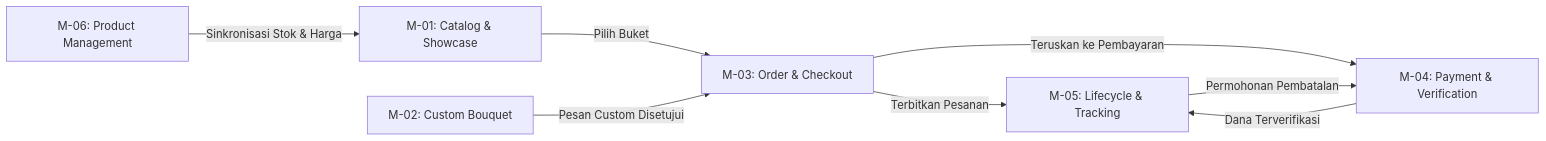
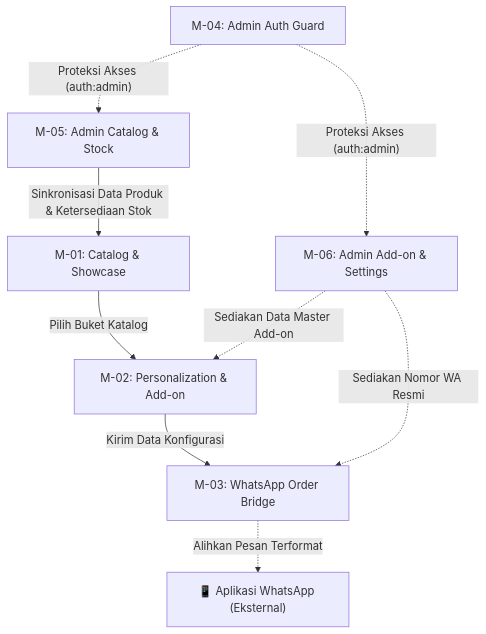
Before and after one commit to Elfend11/buketbunga: the diagram in docs/04-technical-and-architecture/ARC-004-application-modules.md, drawn with Mermaid. The commit also changed other lines of this file and 16 other files, not shown here.

````diff
--- a/docs/04-technical-and-architecture/ARC-004-application-modules.md
+++ b/docs/04-technical-and-architecture/ARC-004-application-modules.md
@@ -35,17 +37,21 @@
 ```mermaid
-graph LR
+graph TD
     M1["M-01: Catalog & Showcase"]
-    M2["M-02: Custom Bouquet"]
-    M3["M-03: Order & Checkout"]
-    M4["M-04: Payment & Verification"]
-    M5["M-05: Lifecycle & Tracking"]
-    M6["M-06: Product Management"]
+    M2["M-02: Personalization & Add-on"]
+    M3["M-03: WhatsApp Order Bridge"]
+    M4["M-04: Admin Auth Guard"]
+    M5["M-05: Admin Catalog & Stock"]
+    M6["M-06: Admin Add-on & Settings"]
 
-    M1 -->|"Pilih Buket"| M3
-    M2 -->|"Pesan Custom Disetujui"| M3
-    M6 -->|"Sinkronisasi Stok & Harga"| M1
-    M3 -->|"Terbitkan Pesanan"| M5
-    M3 -->|"Teruskan ke Pembayaran"| M4
-    M4 -->|"Dana Terverifikasi"| M5
-    M5 -->|"Permohonan Pembatalan"| M4
+    %% Public Flow
+    M1 -->|"Pilih Buket Katalog"| M2
+    M6 -.->|"Sediakan Data Master Add-on"| M2
+    M2 -->|"Kirim Data Konfigurasi"| M3
+    M6 -.->|"Sediakan Nomor WA Resmi"| M3
+    M3 -.->|"Alihkan Pesan Terformat"| WA["📱 Aplikasi WhatsApp (Eksternal)"]
+
+    %% Admin Flow
+    M4 -.->|"Proteksi Akses (auth:admin)"| M5
+    M4 -.->|"Proteksi Akses (auth:admin)"| M6
+    M5 -->|"Sinkronisasi Data Produk & Ketersediaan Stok"| M1
 ```
````
